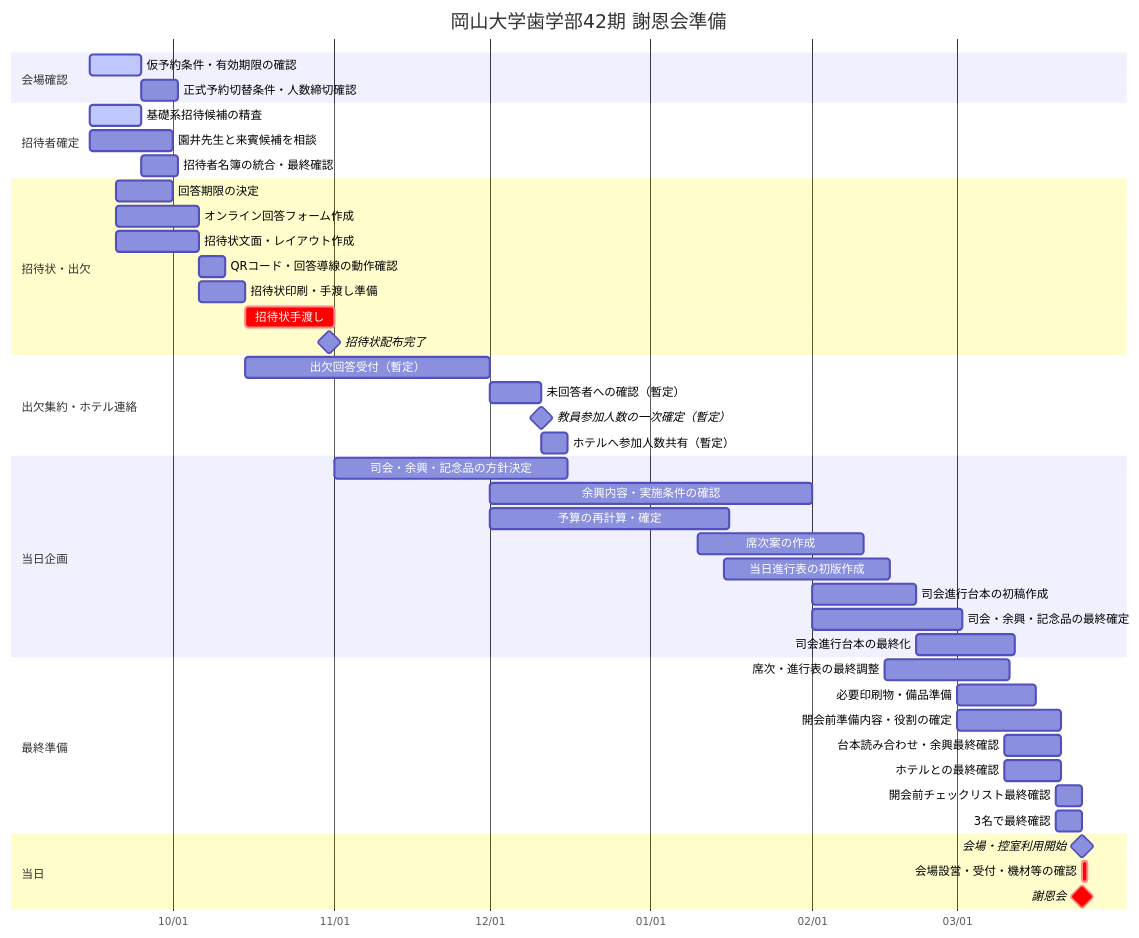
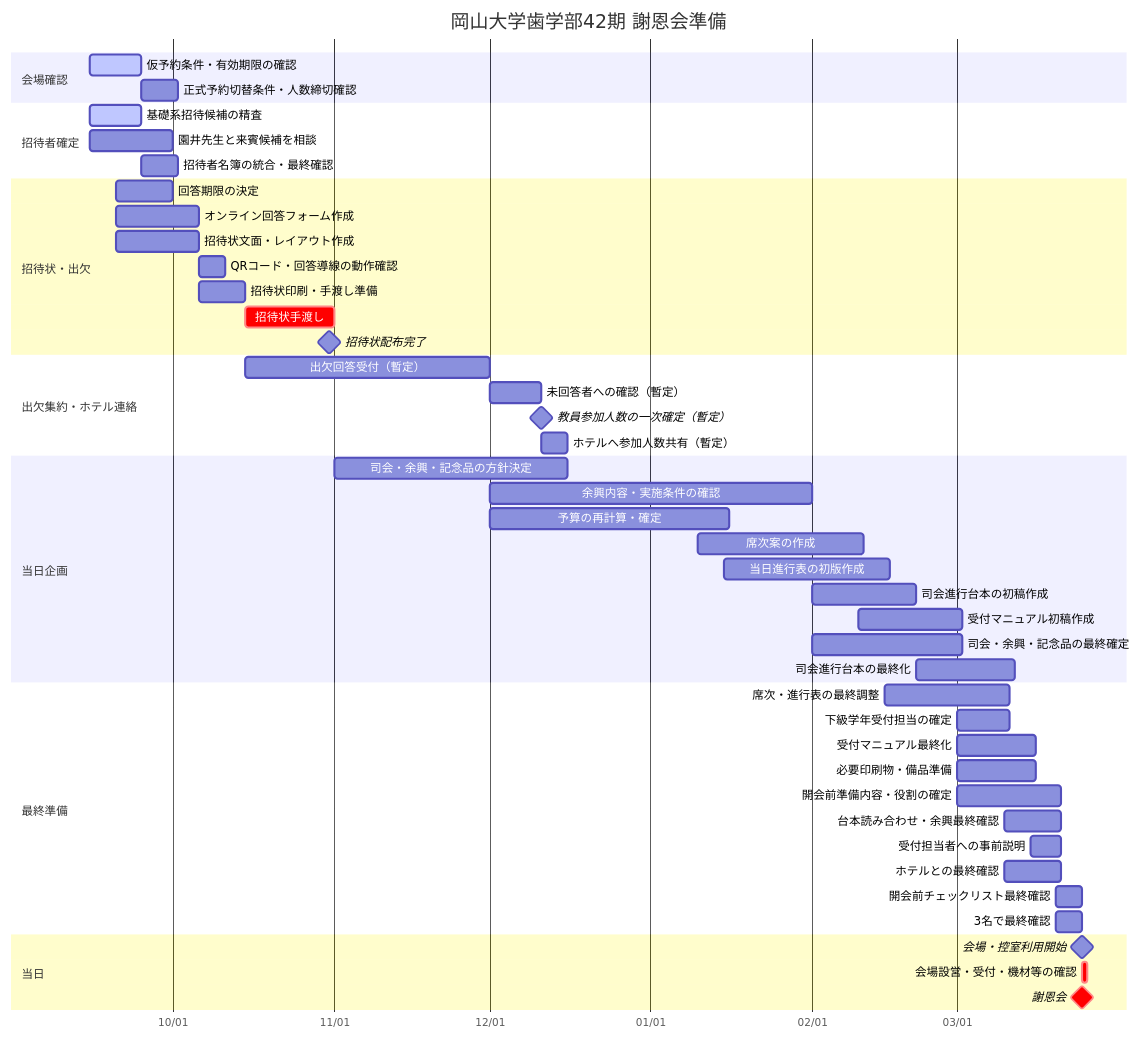
Before and after one commit to ishinebe/syaonkai: the diagram in GANTT.md, drawn with Mermaid. The commit also changed other lines of this file, not shown here.

````diff
--- a/GANTT.md
+++ b/GANTT.md
@@ -19,54 +19,58 @@
 ```mermaid
 gantt
     title 岡山大学歯学部42期 謝恩会準備
     dateFormat  YYYY-MM-DD
     axisFormat  %m/%d
 
     section 会場確認
     仮予約条件・有効期限の確認       :active, h1, 2026-09-15, 10d
     正式予約切替条件・人数締切確認   :h2, after h1, 7d
 
     section 招待者確定
     基礎系招待候補の精査           :active, a1, 2026-09-15, 10d
     園井先生と来賓候補を相談       :a2, 2026-09-15, 16d
     招待者名簿の統合・最終確認     :a3, after a1, 7d
 
     section 招待状・出欠
     回答期限の決定                 :a4, 2026-09-20, 11d
     オンライン回答フォーム作成     :a5, 2026-09-20, 16d
     招待状文面・レイアウト作成     :a6, 2026-09-20, 16d
     QRコード・回答導線の動作確認   :a7, after a5, 5d
     招待状印刷・手渡し準備         :a8, 2026-10-06, 9d
     招待状手渡し                   :crit, a9, 2026-10-15, 17d
     招待状配布完了                 :milestone, m1, 2026-10-31, 0d
 
     section 出欠集約・ホテル連絡
     出欠回答受付（暫定）           :a10, 2026-10-15, 47d
     未回答者への確認（暫定）       :a11, 2026-12-01, 10d
     教員参加人数の一次確定（暫定） :milestone, m2, 2026-12-11, 0d
     ホテルへ参加人数共有（暫定）   :a12, 2026-12-11, 5d
 
     section 当日企画
     司会・余興・記念品の方針決定   :a13, 2026-11-01, 45d
     余興内容・実施条件の確認       :a25, 2026-12-01, 62d
     予算の再計算・確定             :a14, 2026-12-01, 46d
     席次案の作成                   :a15, 2027-01-10, 32d
     当日進行表の初版作成           :a16, 2027-01-15, 32d
     司会進行台本の初稿作成         :a26, 2027-02-01, 20d
+    受付マニュアル初稿作成         :a29, 2027-02-10, 20d
     司会・余興・記念品の最終確定   :a17, 2027-02-01, 29d
     司会進行台本の最終化           :a27, 2027-02-21, 19d
 
     section 最終準備
     席次・進行表の最終調整         :a18, 2027-02-15, 24d
+    下級学年受付担当の確定         :a30, 2027-03-01, 10d
+    受付マニュアル最終化           :a31, 2027-03-01, 15d
     必要印刷物・備品準備           :a19, 2027-03-01, 15d
     開会前準備内容・役割の確定     :a22, 2027-03-01, 20d
     台本読み合わせ・余興最終確認   :a28, 2027-03-10, 11d
+    受付担当者への事前説明         :a32, 2027-03-15, 6d
     ホテルとの最終確認             :a20, 2027-03-10, 11d
     開会前チェックリスト最終確認   :a23, 2027-03-20, 5d
     3名で最終確認                  :a21, 2027-03-20, 5d
 
     section 当日
     会場・控室利用開始             :milestone, m4, 2027-03-25, 0d
     会場設営・受付・機材等の確認   :crit, a24, 2027-03-25, 1d
     謝恩会                          :crit, milestone, m3, 2027-03-25, 0d
 ```
````
